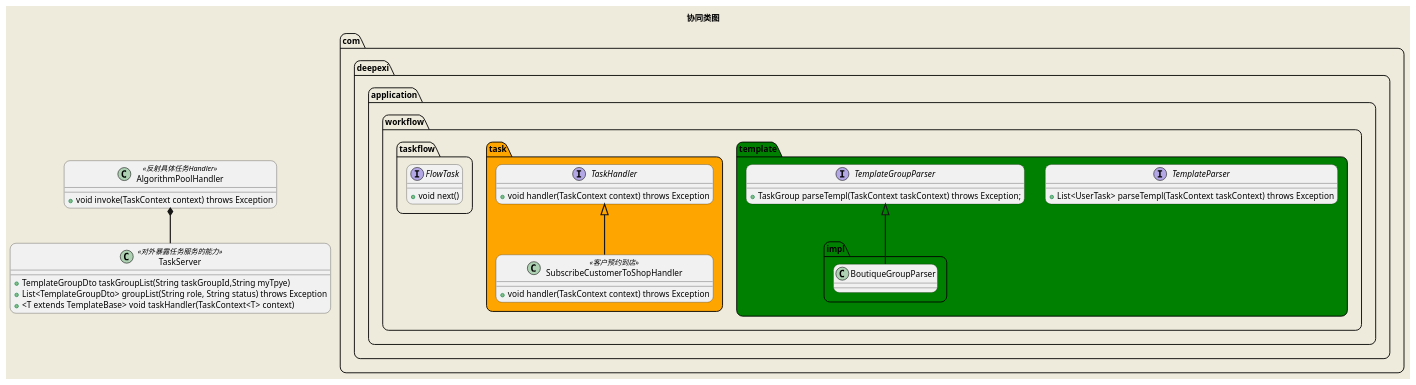
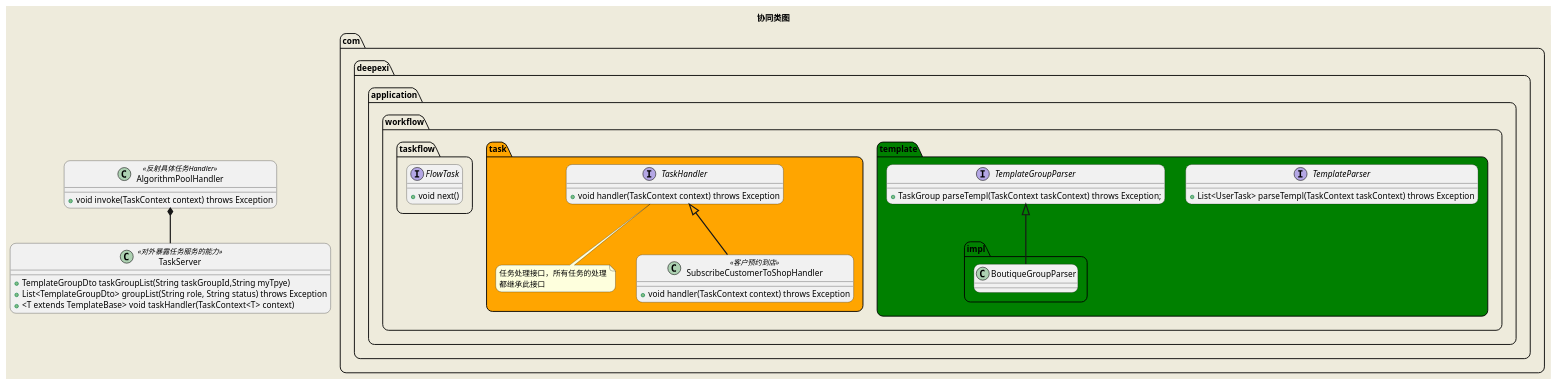
One commit to twfx7758/blchina changed the diagram in doc/plantuml/4.协同类图.wsd. Above: the diagram before and after it, drawn with PlantUML. The commit also changed 3 other files, not shown here.

```diff
--- a/doc/plantuml/4.协同类图.wsd
+++ b/doc/plantuml/4.协同类图.wsd
@@ -1,58 +1,62 @@
 @startuml
 
 title 协同类图
 
 'skinparam packageStyle rect
 skinparam backgroundColor #EEEBDC
 skinparam roundcorner 20
 skinparam sequenceArrowThickness 2
 'skinparam handwritten true
 
 class TaskServer<<对外暴露任务服务的能力>> {
     +TemplateGroupDto taskGroupList(String taskGroupId,String myTpye)
     +List<TemplateGroupDto> groupList(String role, String status) throws Exception
     +<T extends TemplateBase>  void taskHandler(TaskContext<T> context)
 }
 
 class AlgorithmPoolHandler<<反射具体任务Handler>> {
     +void invoke(TaskContext context) throws Exception
 }
 
 AlgorithmPoolHandler *--TaskServer
 
 package com.deepexi.application.workflow.template #green {
     interface TemplateParser {
         +List<UserTask> parseTempl(TaskContext taskContext) throws Exception
     }
 
     interface TemplateGroupParser {
         +TaskGroup parseTempl(TaskContext taskContext) throws Exception;
     }
 
     class impl.BoutiqueGroupParser {
 
     }
 
     TemplateGroupParser <|-- impl.BoutiqueGroupParser
 }
 
 package com.deepexi.application.workflow.task #orange {
     interface TaskHandler {
         +void handler(TaskContext context) throws Exception
     }
+    note bottom of TaskHandler
+    任务处理接口，所有任务的处理
+    都继承此接口
+    end note
 
     class SubscribeCustomerToShopHandler<<客户预约到店>> {
         +void handler(TaskContext context) throws Exception
     }
 
     TaskHandler <|-- SubscribeCustomerToShopHandler
 
 }
 
 package com.deepexi.application.workflow.taskflow {
     interface FlowTask {
         +void next()
     }
 }
 
 @enduml
```
